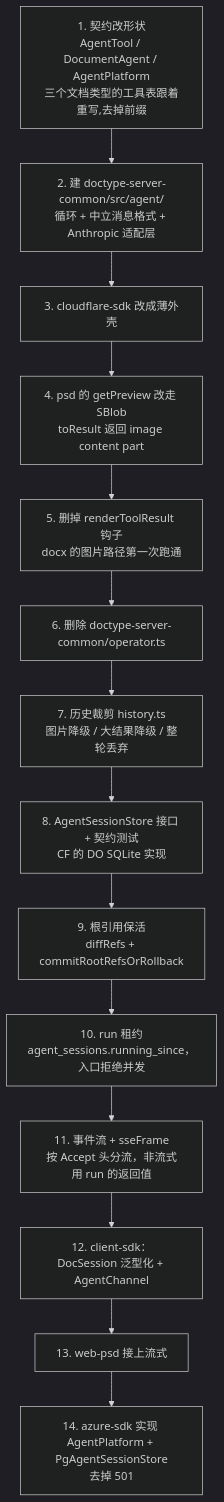
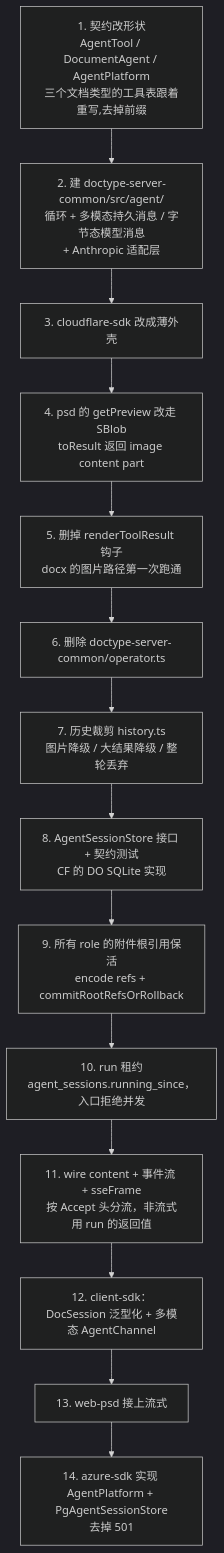
Before and after one commit to shazhou-ww/unidocs: diagram 18 of 18 in docs/superpowers/specs/2026-08-26-agent-sdk-design.md, drawn with Mermaid (dark theme). The commit also changed other lines of this file, not shown here.

First line of the commit message:
docs(agent-sdk): enhance multimodal message design

````diff
--- a/docs/superpowers/specs/2026-08-26-agent-sdk-design.md
+++ b/docs/superpowers/specs/2026-08-26-agent-sdk-design.md
@@ -1765,16 +1883,16 @@
 ```mermaid
 flowchart TB
-    S1["1. 契约改形状<br/>AgentTool / DocumentAgent / AgentPlatform<br/>三个文档类型的工具表跟着重写,去掉前缀"] --> S2["2. 建 doctype-server-common/src/agent/<br/>循环 + 中立消息格式 + Anthropic 适配层"]
+    S1["1. 契约改形状<br/>AgentTool / DocumentAgent / AgentPlatform<br/>三个文档类型的工具表跟着重写,去掉前缀"] --> S2["2. 建 doctype-server-common/src/agent/<br/>循环 + 多模态持久消息 / 字节态模型消息<br/>+ Anthropic 适配层"]
     S2 --> S2b["3. cloudflare-sdk 改成薄外壳"]
     S2b --> S3["4. psd 的 getPreview 改走 SBlob<br/>toResult 返回 image content part"]
     S3 --> S4["5. 删掉 renderToolResult 钩子<br/>docx 的图片路径第一次跑通"]
     S4 --> S5["6. 删除 doctype-server-common/operator.ts"]
     S5 --> S6["7. 历史裁剪 history.ts<br/>图片降级 / 大结果降级 / 整轮丢弃"]
     S6 --> S7["8. AgentSessionStore 接口 + 契约测试<br/>CF 的 DO SQLite 实现"]
-    S7 --> S8["9. 根引用保活<br/>diffRefs + commitRootRefsOrRollback"]
+    S7 --> S8["9. 所有 role 的附件根引用保活<br/>encode refs + commitRootRefsOrRollback"]
     S8 --> S8b["10. run 租约<br/>agent_sessions.running_since，入口拒绝并发"]
-    S8b --> S9["11. 事件流 + sseFrame<br/>按 Accept 头分流，非流式用 run 的返回值"]
-    S9 --> S10["12. client-sdk：DocSession 泛型化 + AgentChannel"]
+    S8b --> S9["11. wire content + 事件流 + sseFrame<br/>按 Accept 头分流，非流式用 run 的返回值"]
+    S9 --> S10["12. client-sdk：DocSession 泛型化 + 多模态 AgentChannel"]
     S10 --> S11["13. web-psd 接上流式"]
     S11 --> S12["14. azure-sdk 实现 AgentPlatform + PgAgentSessionStore<br/>去掉 501"]
 ```
````
